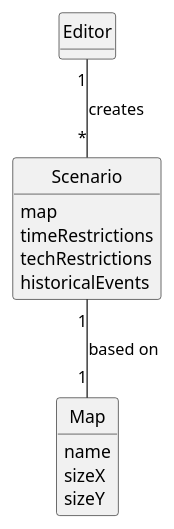
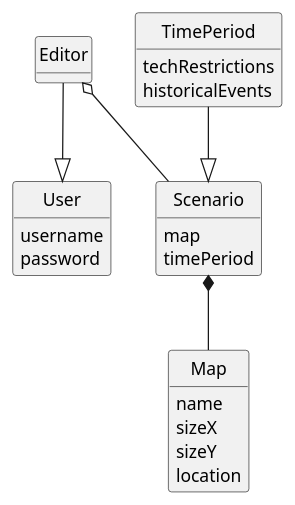
Before and after one commit to goncalolopesp/sem2-pi-24.25-g093-repo: the diagram in docs/system-documentation/US004/02.analysis/puml/US004-DM.puml, drawn with PlantUML. The commit also changed 1 other file, not shown here.

```diff
--- a/docs/system-documentation/US004/02.analysis/puml/US004-DM.puml
+++ b/docs/system-documentation/US004/02.analysis/puml/US004-DM.puml
@@ -1,29 +1,43 @@
 @startuml
 skinparam monochrome true
 skinparam packageStyle rectangle
 skinparam shadowing false
 skinparam classAttributeIconSize 0
 
 hide circle
 hide methods
 
+class User{
+    username
+    password
+}
+
 class Editor {
+    + createMap(name: String, width: int, height: int)
 }
 
 class Scenario {
     map
-    timeRestrictions
+    timePeriod
+}
+
+class TimePeriod {
     techRestrictions
     historicalEvents
 }
 
+
 class Map {
-    name
-    sizeX
-    sizeY
+     name
+     sizeX
+     sizeY
+     location
 }
 
-Editor "1" -- "*" Scenario : creates
-Scenario "1" -- "1" Map : based on
+Editor --|> User
+
+Editor o-- Scenario
+Scenario *-- Map
+TimePeriod --|> Scenario
 
 @enduml
```
